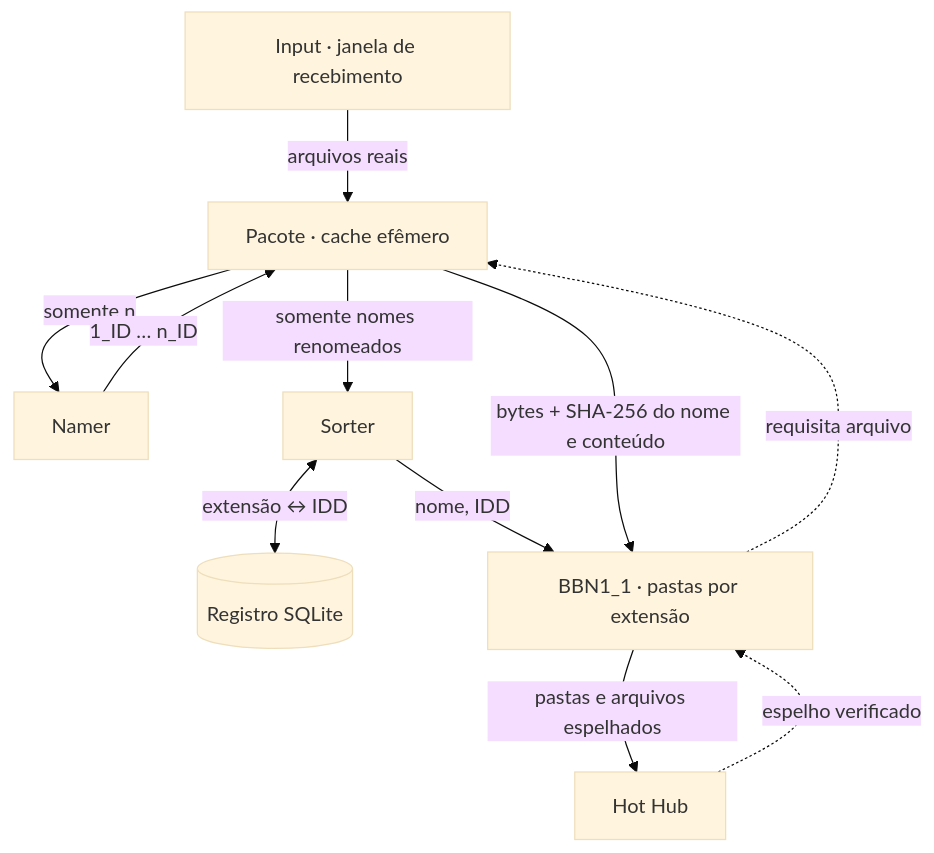
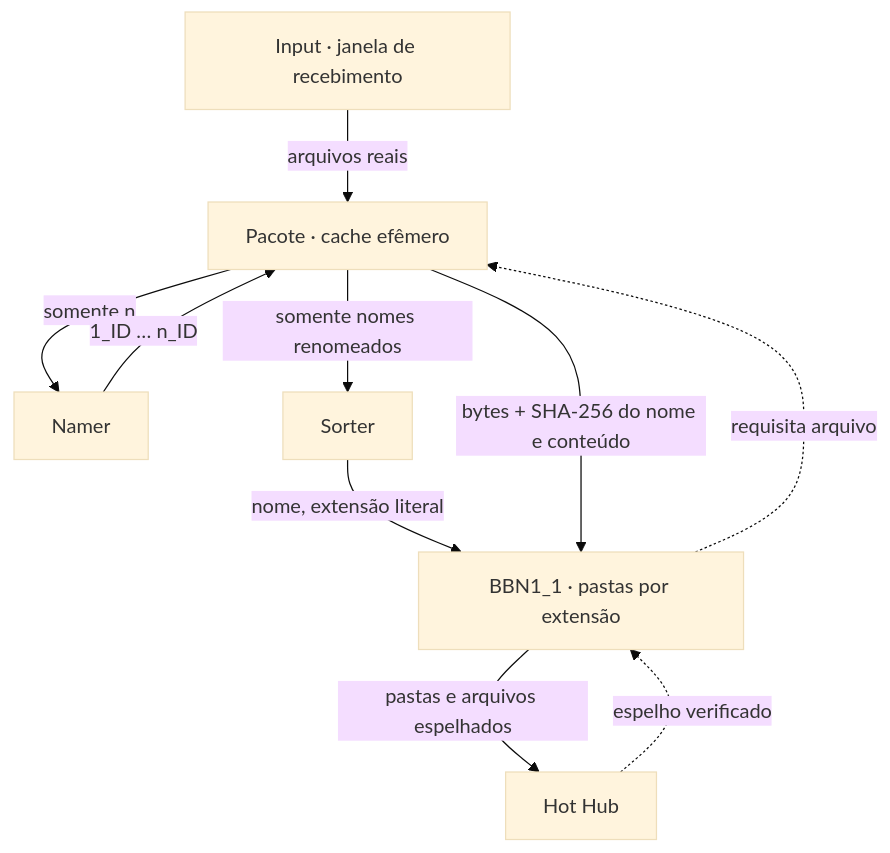
The diagram in README.md (Walc21/AI-MEMORY), drawn with Mermaid (base theme) before and after one commit. The commit also changed other lines of this file and 5 other files, not shown here.

````diff
--- a/README.md
+++ b/README.md
@@ -7,13 +7,12 @@
 ```mermaid
 flowchart TB
     I["Input · janela de recebimento"] -->|"arquivos reais"| P["Pacote · cache efêmero"]
     P -->|"somente n"| N["Namer"]
     N -->|"1_ID … n_ID"| P
     P -->|"somente nomes renomeados"| S["Sorter"]
-    S <-->|"extensão ↔ IDD"| R[("Registro SQLite")]
-    S -->|"nome, IDD"| B["BBN1_1 · pastas por extensão"]
+    S -->|"nome, extensão literal"| B["BBN1_1 · pastas por extensão"]
     B -.->|"requisita arquivo"| P
     P -->|"bytes + SHA-256 do nome e conteúdo"| B
     B -->|"pastas e arquivos espelhados"| H["Hot Hub"]
     H -.->|"espelho verificado"| B
 ```
````
